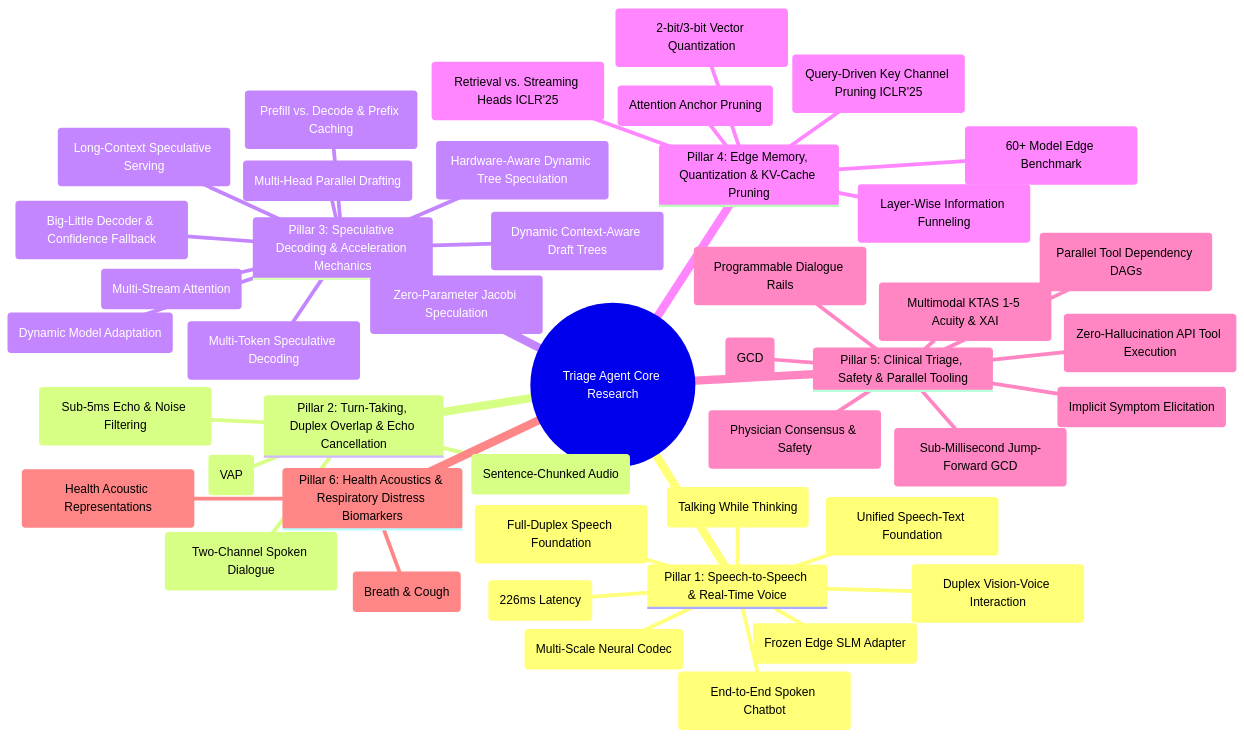
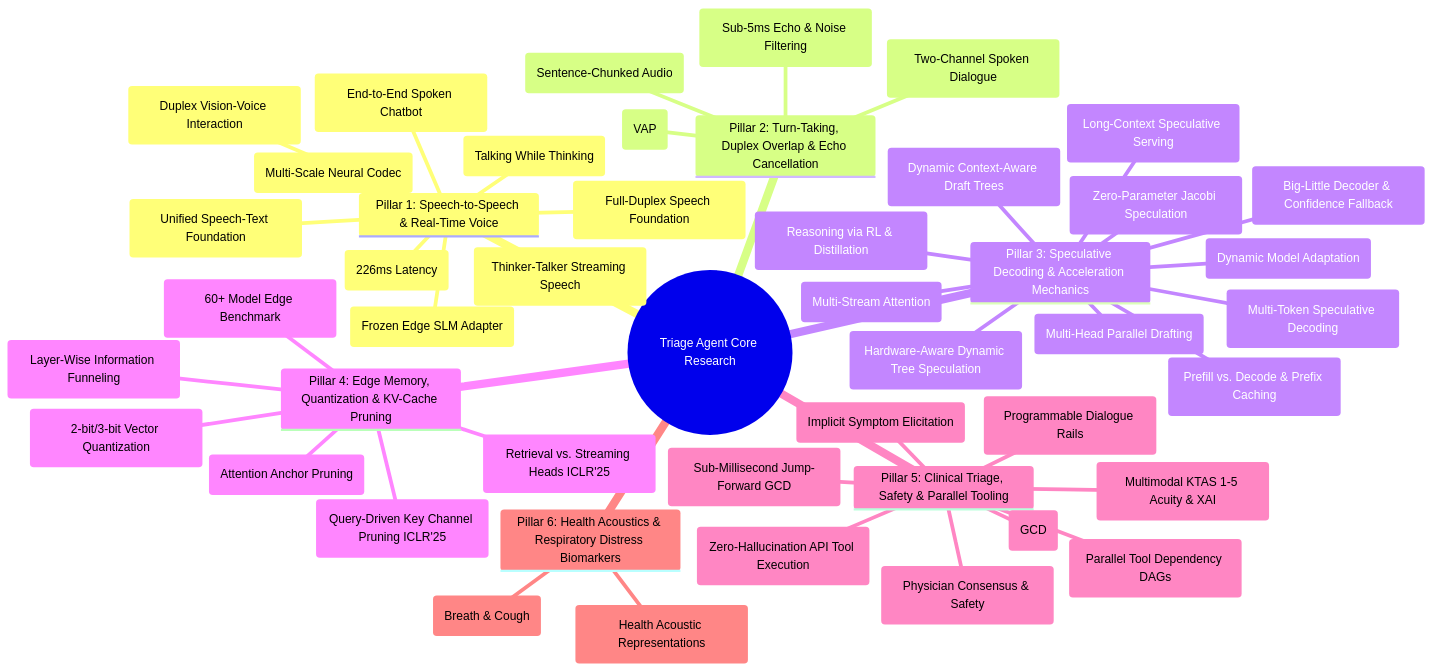
One commit to albinpshaji/Mini-project changed the diagram in literature_impact_report.md. Above: the diagram before and after it, drawn with Mermaid. The commit also changed other lines of this file, not shown here.

Commit message:
docs(research): expand literature impact report to 40 papers with DeepSeek-R1 and Qwen-Omni

````diff
--- a/literature_impact_report.md
+++ b/literature_impact_report.md
@@ -14,48 +14,50 @@
 ```mermaid
 mindmap
   root((Triage Agent Core Research))
     Pillar 1: Speech-to-Speech & Real-Time Voice
       Mini-Omni (Talking While Thinking)
       LLaMA-Omni (226ms Latency)
       Moshi (Full-Duplex Speech Foundation)
       Freeze-Omni (Frozen Edge SLM Adapter)
       SNAC (Multi-Scale Neural Codec)
       Mini-Omni2 (Duplex Vision-Voice Interaction)
       AudioPaLM (Unified Speech-Text Foundation)
       GLM-4-Voice (End-to-End Spoken Chatbot)
+      Qwen-Omni (Thinker-Talker Streaming Speech)
     Pillar 2: Turn-Taking, Duplex Overlap & Echo Cancellation
       Voice Activity Projection (VAP)
       DeepFilterNet (Sub-5ms Echo & Noise Filtering)
       NVIDIA Incremental TTS (Sentence-Chunked Audio)
       Meta dGSLM (Two-Channel Spoken Dialogue)
     Pillar 3: Speculative Decoding & Acceleration Mechanics
       EAGLE-2 (Dynamic Context-Aware Draft Trees)
       Lookahead Decoding (Zero-Parameter Jacobi Speculation)
       Apple Speculative Streaming (Multi-Stream Attention)
       ASPLOS'25 NPU (Prefill vs. Decode & Prefix Caching)
       Medusa (Multi-Head Parallel Drafting)
       Sequoia (Hardware-Aware Dynamic Tree Speculation)
       MagicDec (Long-Context Speculative Serving)
       BiLD (Big-Little Decoder & Confidence Fallback)
       Online Speculative Decoding (Dynamic Model Adaptation)
       DeepSeek-V3 MTP (Multi-Token Speculative Decoding)
+      DeepSeek-R1 (Reasoning via RL & Distillation)
     Pillar 4: Edge Memory, Quantization & KV-Cache Pruning
       SnapKV (Attention Anchor Pruning)
       KVQuant (2-bit/3-bit Vector Quantization)
       ACL'25 Demystifying SLMs (60+ Model Edge Benchmark)
       DuoAttention (Retrieval vs. Streaming Heads ICLR'25)
       PyramidKV (Layer-Wise Information Funneling)
       ThinK (Query-Driven Key Channel Pruning ICLR'25)
     Pillar 5: Clinical Triage, Safety & Parallel Tooling
       LLMCompiler (Parallel Tool Dependency DAGs)
       Gorilla (Zero-Hallucination API Tool Execution)
       EMNLP'23 Grammar-Constrained Decoding (GCD)
       Aston ACM'24 (Multimodal KTAS 1-5 Acuity & XAI)
       ACL'18 Automatic Diagnosis (Implicit Symptom Elicitation)
       NVIDIA NeMo Guardrails (Programmable Dialogue Rails)
       Google Med-PaLM 2 (Physician Consensus & Safety)
       XGrammar (Sub-Millisecond Jump-Forward GCD)
     Pillar 6: Health Acoustics & Respiratory Distress Biomarkers
       Google HeAR (Health Acoustic Representations)
       End-to-End Respiratory Sound Detection (Breath & Cough)
 ```
````
